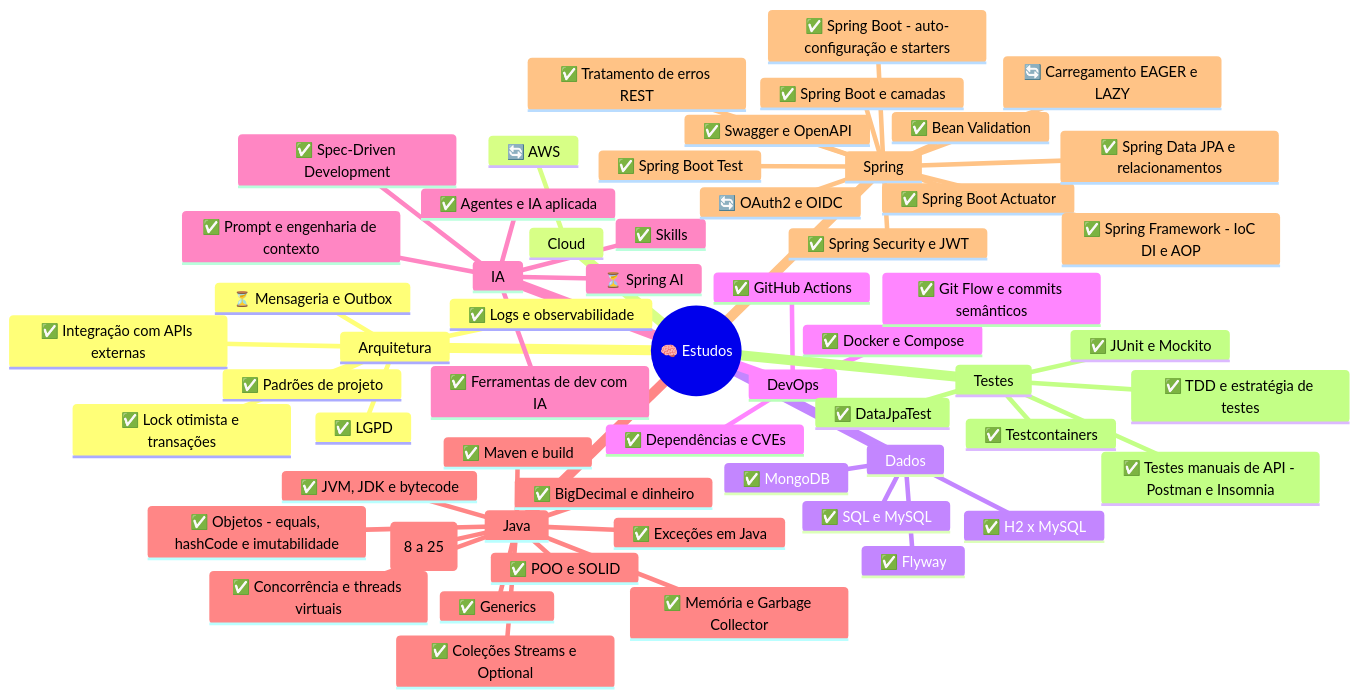
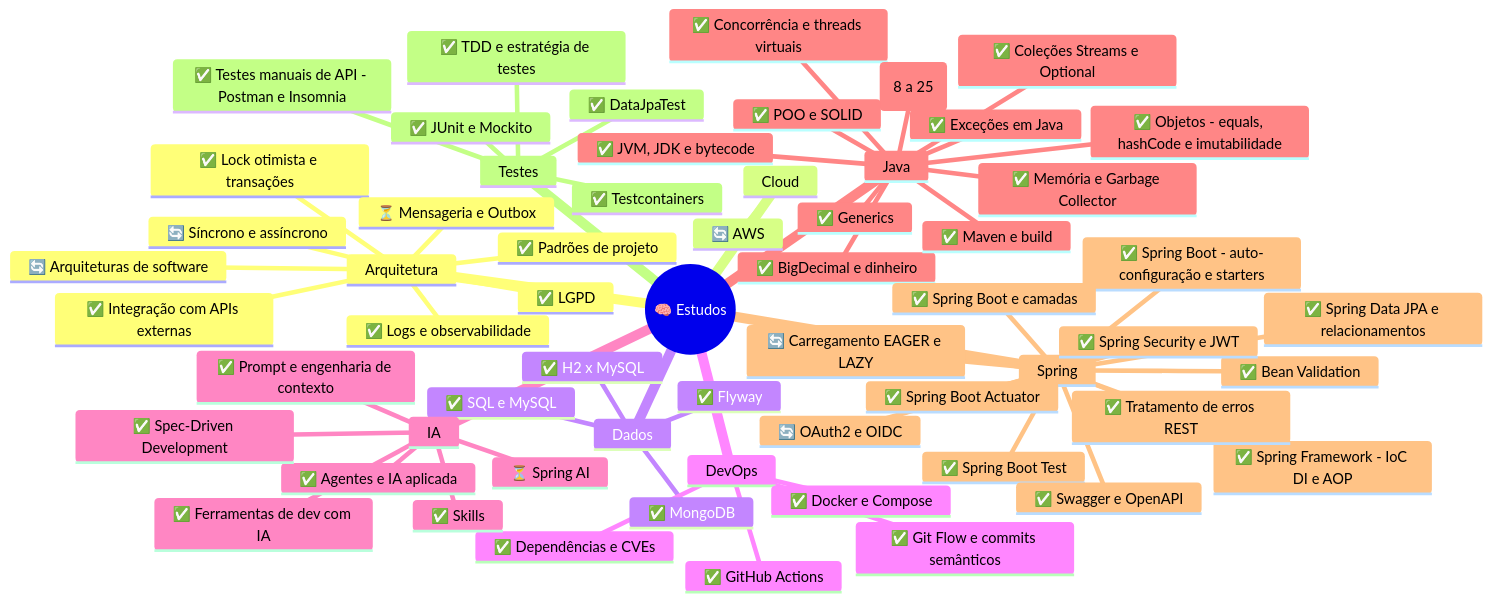
Before and after one commit to k3vinrich4rd/k3vinrich4rd: diagram 16 of 22 in README.md, drawn with Mermaid. The commit also changed other lines of this file and 4 other files, not shown here.

First line of the commit message:
docs(perfil): notas de arquiteturas de software e sincrono x assincrono

````diff
--- a/README.md
+++ b/README.md
@@ -1799,61 +1799,63 @@
 ```mermaid
 mindmap
   root((🧠 Estudos))
     Arquitetura
+      🔄 Arquiteturas de software
       ✅ Integração com APIs externas
       ✅ LGPD
       ✅ Lock otimista e transações
       ✅ Logs e observabilidade
       ⏳ Mensageria e Outbox
       ✅ Padrões de projeto
+      🔄 Síncrono e assíncrono
     Cloud
       🔄 AWS
     Dados
       ✅ Flyway
       ✅ H2 x MySQL
       ✅ MongoDB
       ✅ SQL e MySQL
     DevOps
       ✅ Dependências e CVEs
       ✅ Docker e Compose
       ✅ Git Flow e commits semânticos
       ✅ GitHub Actions
     IA
       ✅ Agentes e IA aplicada
       ✅ Ferramentas de dev com IA
       ✅ Prompt e engenharia de contexto
       ✅ Skills
       ✅ Spec-Driven Development
       ⏳ Spring AI
     Java
       ✅ BigDecimal e dinheiro
       ✅ Coleções Streams e Optional
       ✅ Concorrência e threads virtuais
       ✅ Exceções em Java
       ✅ Generics
       ✅ JVM, JDK e bytecode
       ✅ Java moderno (8 a 25)
       ✅ Maven e build
       ✅ Memória e Garbage Collector
       ✅ Objetos - equals, hashCode e imutabilidade
       ✅ POO e SOLID
     Spring
       ✅ Bean Validation
       🔄 Carregamento EAGER e LAZY
       🔄 OAuth2 e OIDC
       ✅ Spring Boot - auto-configuração e starters
       ✅ Spring Boot Actuator
       ✅ Spring Boot Test
       ✅ Spring Boot e camadas
       ✅ Spring Data JPA e relacionamentos
       ✅ Spring Framework - IoC DI e AOP
       ✅ Spring Security e JWT
       ✅ Swagger e OpenAPI
       ✅ Tratamento de erros REST
     Testes
       ✅ DataJpaTest
       ✅ JUnit e Mockito
       ✅ TDD e estratégia de testes
       ✅ Testcontainers
       ✅ Testes manuais de API - Postman e Insomnia
 ```
````
